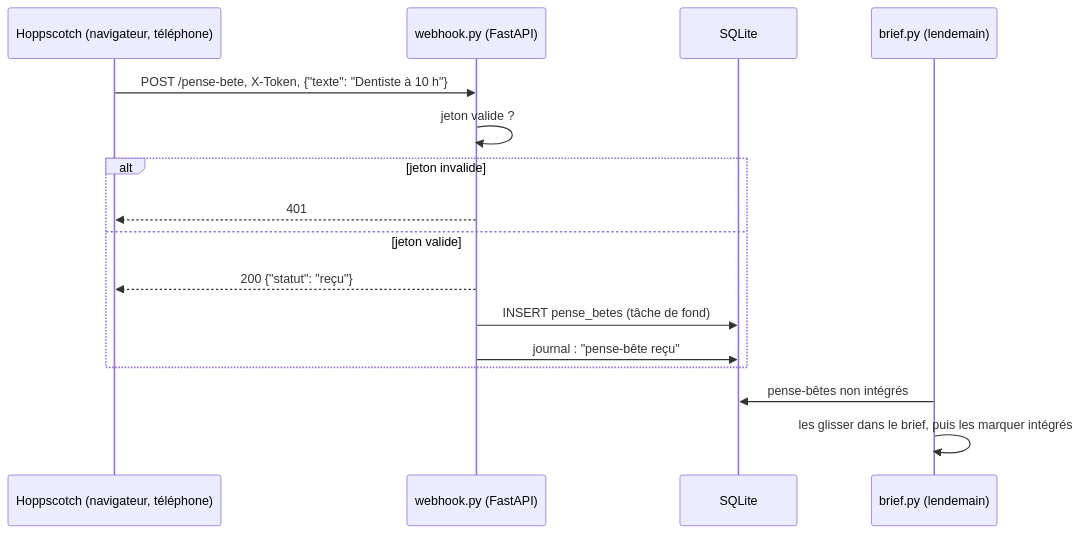
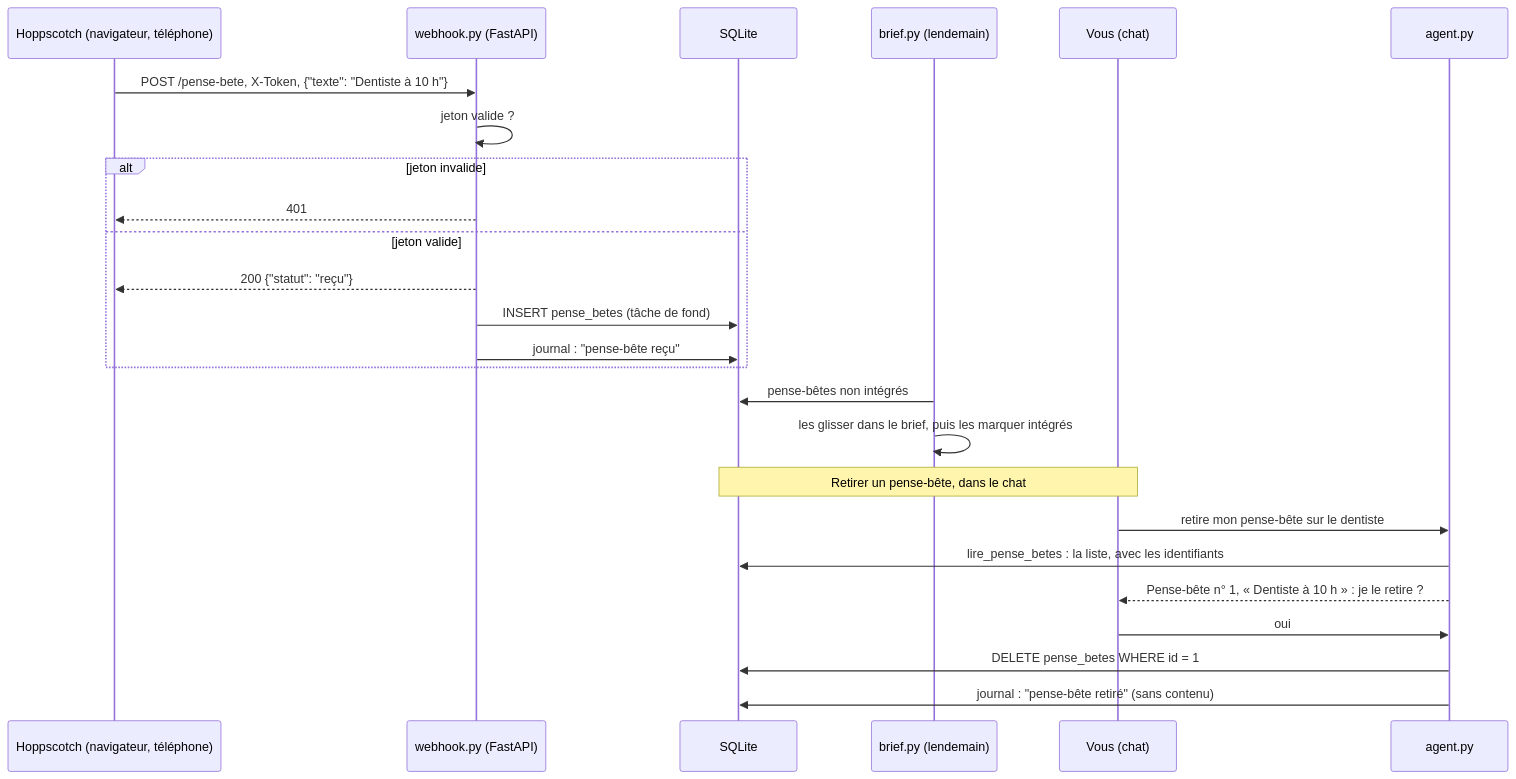
One commit to lecinquiemejour-code/goodvibe-tuto changed diagram 39 of 44 in tuto-goodvibe-vibecoding.md. Above: the diagram before and after it, drawn with Mermaid. The commit also changed other lines of this file and 2 other files, not shown here.

````diff
--- a/tuto-goodvibe-vibecoding.md
+++ b/tuto-goodvibe-vibecoding.md
@@ -1751,18 +1755,27 @@
 ```mermaid
 sequenceDiagram
     participant X as Hoppscotch (navigateur, téléphone)
     participant W as webhook.py (FastAPI)
     participant D as SQLite
     participant B as brief.py (lendemain)
     X->>W: POST /pense-bete, X-Token, {"texte": "Dentiste à 10 h"}
     W->>W: jeton valide ?
     alt jeton invalide
         W-->>X: 401
     else jeton valide
         W-->>X: 200 {"statut": "reçu"}
         W->>D: INSERT pense_betes (tâche de fond)
         W->>D: journal : "pense-bête reçu"
     end
     B->>D: pense-bêtes non intégrés
     B->>B: les glisser dans le brief, puis les marquer intégrés
+    participant U as Vous (chat)
+    participant A as agent.py
+    Note over U,D: Retirer un pense-bête, dans le chat
+    U->>A: retire mon pense-bête sur le dentiste
+    A->>D: lire_pense_betes : la liste, avec les identifiants
+    A-->>U: Pense-bête n° 1, « Dentiste à 10 h » : je le retire ?
+    U->>A: oui
+    A->>D: DELETE pense_betes WHERE id = 1
+    A->>D: journal : "pense-bête retiré" (sans contenu)
 ```
````
